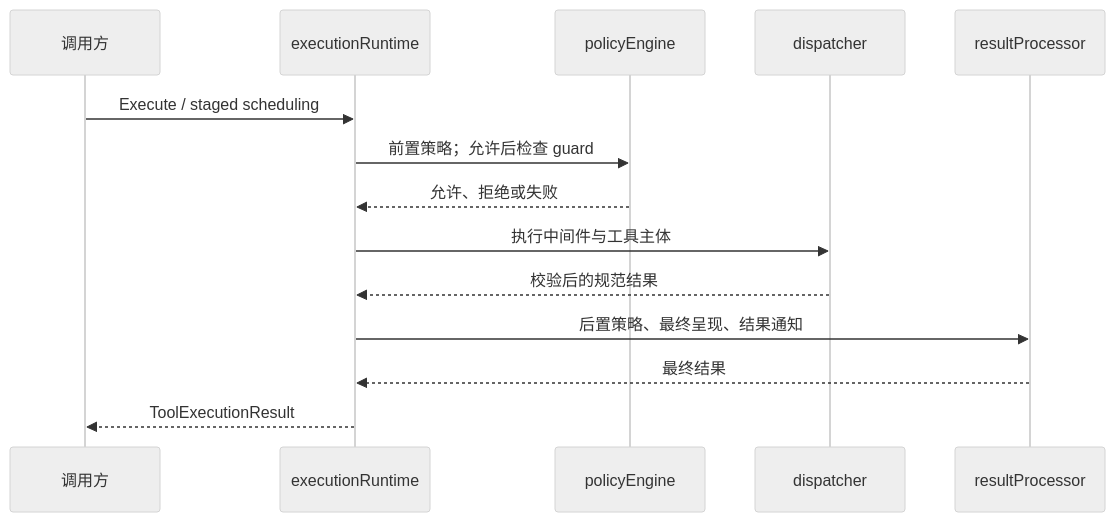
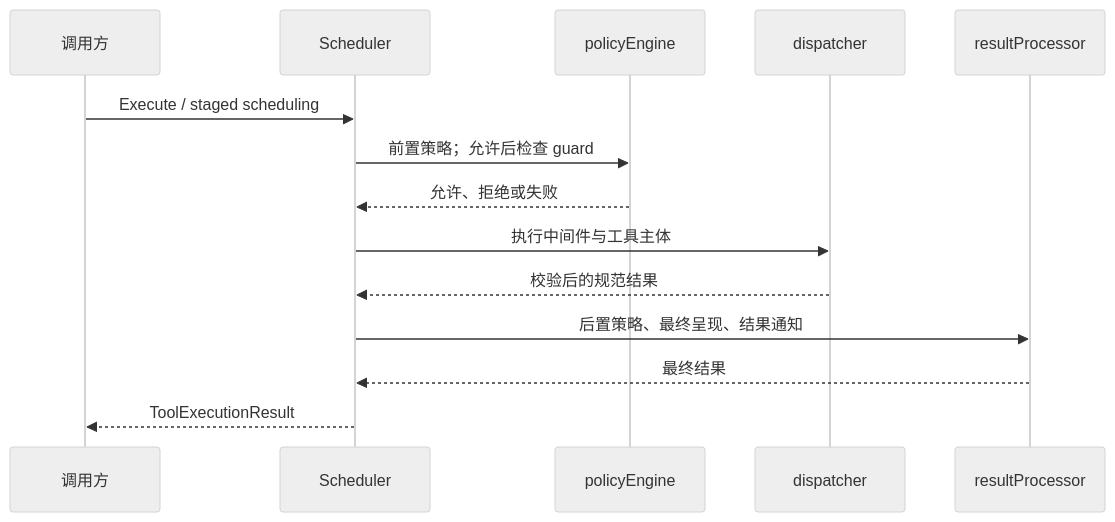
The second of 3 diagrams in tools/README.zh-CN.md (gorenx/goren), drawn with Mermaid (neutral theme) before and after one commit. The commit also changed other lines of this file and 13 other files, not shown here.

````diff
--- a/tools/README.zh-CN.md
+++ b/tools/README.zh-CN.md
@@ -68,16 +68,16 @@
 ```mermaid
 sequenceDiagram
     participant Caller as 调用方
-    participant Runtime as executionRuntime
+    participant Runtime as Scheduler
     participant Policy as policyEngine
     participant Body as dispatcher
     participant Result as resultProcessor
     Caller->>Runtime: Execute / staged scheduling
     Runtime->>Policy: 前置策略；允许后检查 guard
     Policy-->>Runtime: 允许、拒绝或失败
     Runtime->>Body: 执行中间件与工具主体
     Body-->>Runtime: 校验后的规范结果
     Runtime->>Result: 后置策略、最终呈现、结果通知
     Result-->>Runtime: 最终结果
     Runtime-->>Caller: ToolExecutionResult
 ```
````
